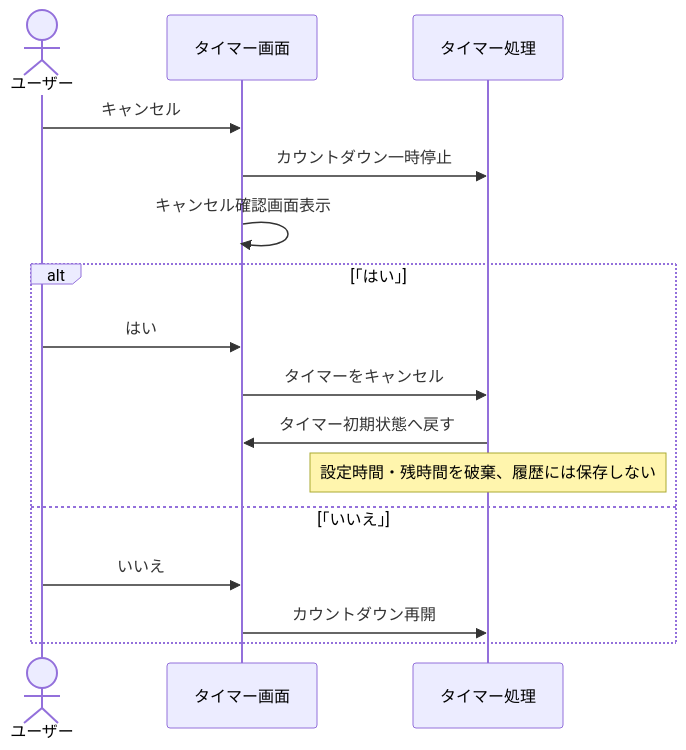
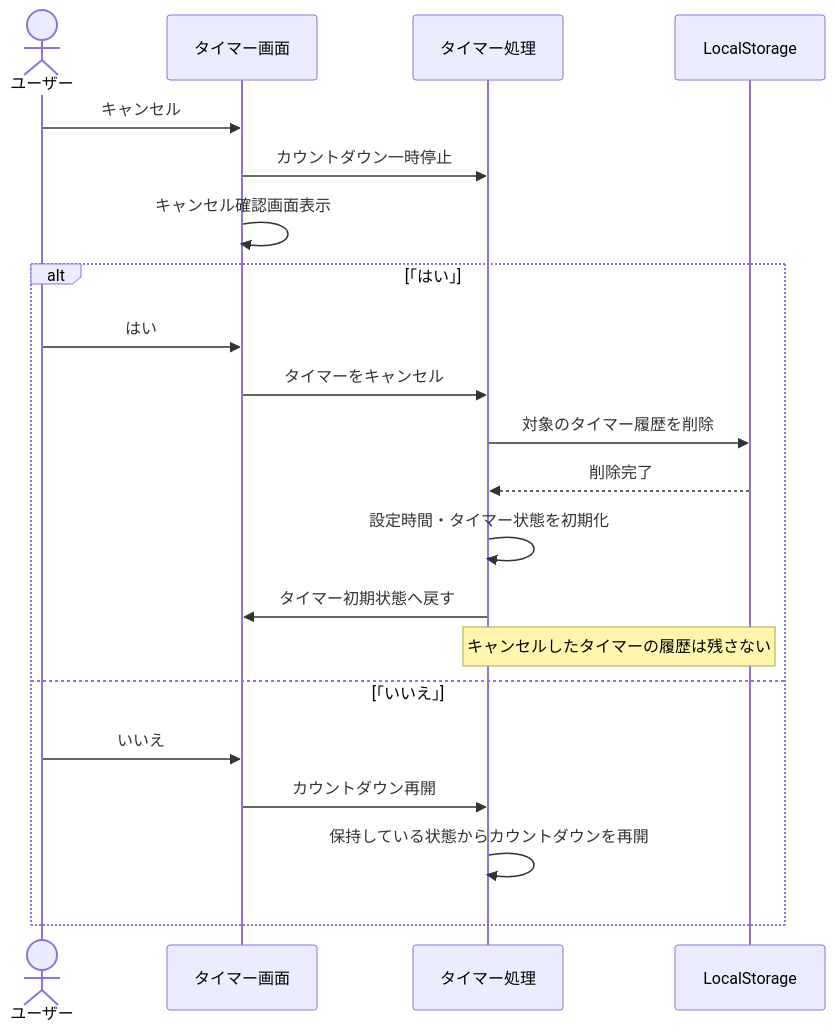
The third of 6 diagrams in document/設計/シーケンス図/タイマーシーケンス図.md (shun62201234-crypto/timerApplication), drawn with Mermaid before and after one commit. The commit also changed other lines of this file, not shown here.

First line of the commit message:
タイマー側シーケンス図修正

````diff
--- a/document/設計/シーケンス図/タイマーシーケンス図.md
+++ b/document/設計/シーケンス図/タイマーシーケンス図.md
@@ -73,20 +73,25 @@
 ```mermaid
 sequenceDiagram
     actor ユーザー
     participant UI as タイマー画面
     participant Timer as タイマー処理
+    participant Storage as LocalStorage
 
     ユーザー->>UI: キャンセル
     UI->>Timer: カウントダウン一時停止
     UI->>UI: キャンセル確認画面表示
 
     alt 「はい」
         ユーザー->>UI: はい
         UI->>Timer: タイマーをキャンセル
+        Timer->>Storage: 対象のタイマー履歴を削除
+        Storage-->>Timer: 削除完了
+        Timer->>Timer: 設定時間・タイマー状態を初期化
         Timer->>UI: タイマー初期状態へ戻す
-        Note over Timer: 設定時間・残時間を破棄、履歴には保存しない
+        Note over Timer,Storage: キャンセルしたタイマーの履歴は残さない
     else 「いいえ」
         ユーザー->>UI: いいえ
         UI->>Timer: カウントダウン再開
+        Timer->>Timer: 保持している状態からカウントダウンを再開
     end
 ```
````
